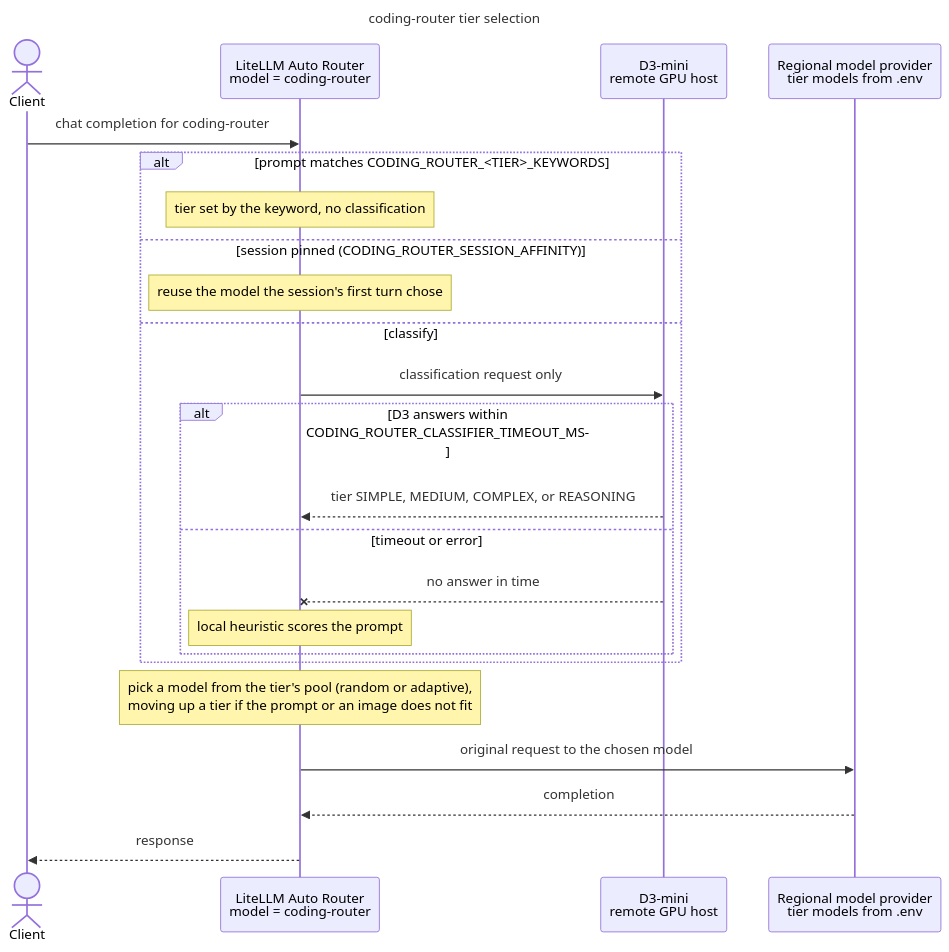
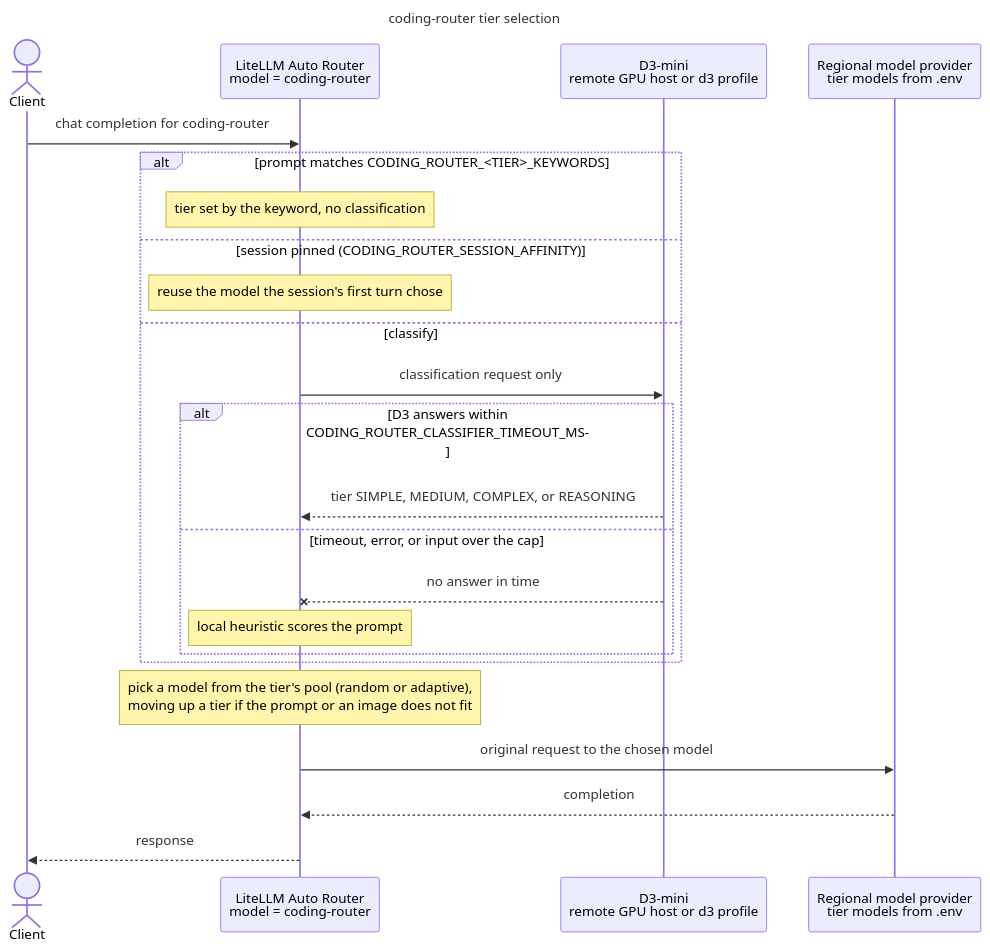
One commit to bella-1337/effective-spoon changed the diagram in diagrams/11-coding-router-flow.mmd. Above: the diagram before and after it, drawn with Mermaid. The commit also changed 28 other files, not shown here.

```diff
--- a/diagrams/11-coding-router-flow.mmd
+++ b/diagrams/11-coding-router-flow.mmd
@@ -1,31 +1,31 @@
 ---
 title: coding-router tier selection
 ---
 sequenceDiagram
   %% Source for 11-coding-router-flow.html. Edit this file, then run ./scripts/render-diagrams.py.
   %% Directives: docs in diagrams/README.md (Updating diagrams).
-  %% @subtitle Keywords or D3-mini pick the tier; only the classification request leaves for the remote D3-mini host
+  %% @subtitle Keywords or D3-mini pick the tier; only the classification request goes to D3-mini, on the remote GPU host or on this host with the d3 profile
   %% @type external: D3 EUP
   actor C as Client
   participant AR as LiteLLM Auto Router<br/>model = coding-router
-  participant D3 as D3-mini<br/>remote GPU host
+  participant D3 as D3-mini<br/>remote GPU host or d3 profile
   participant EUP as Regional model provider<br/>tier models from .env
 
   C->>AR: chat completion for coding-router
   alt prompt matches CODING_ROUTER_<TIER>_KEYWORDS
     Note over AR: tier set by the keyword, no classification
   else session pinned (CODING_ROUTER_SESSION_AFFINITY)
     Note over AR: reuse the model the session's first turn chose
   else classify
     AR->>D3: classification request only
     alt D3 answers within CODING_ROUTER_CLASSIFIER_TIMEOUT_MS
       D3-->>AR: tier SIMPLE, MEDIUM, COMPLEX, or REASONING
-    else timeout or error
+    else timeout, error, or input over the cap
       D3--xAR: no answer in time
       Note over AR: local heuristic scores the prompt
     end
   end
   Note over AR: pick a model from the tier's pool (random or adaptive),<br/>moving up a tier if the prompt or an image does not fit
   AR->>EUP: original request to the chosen model
   EUP-->>AR: completion
   AR-->>C: response
```
